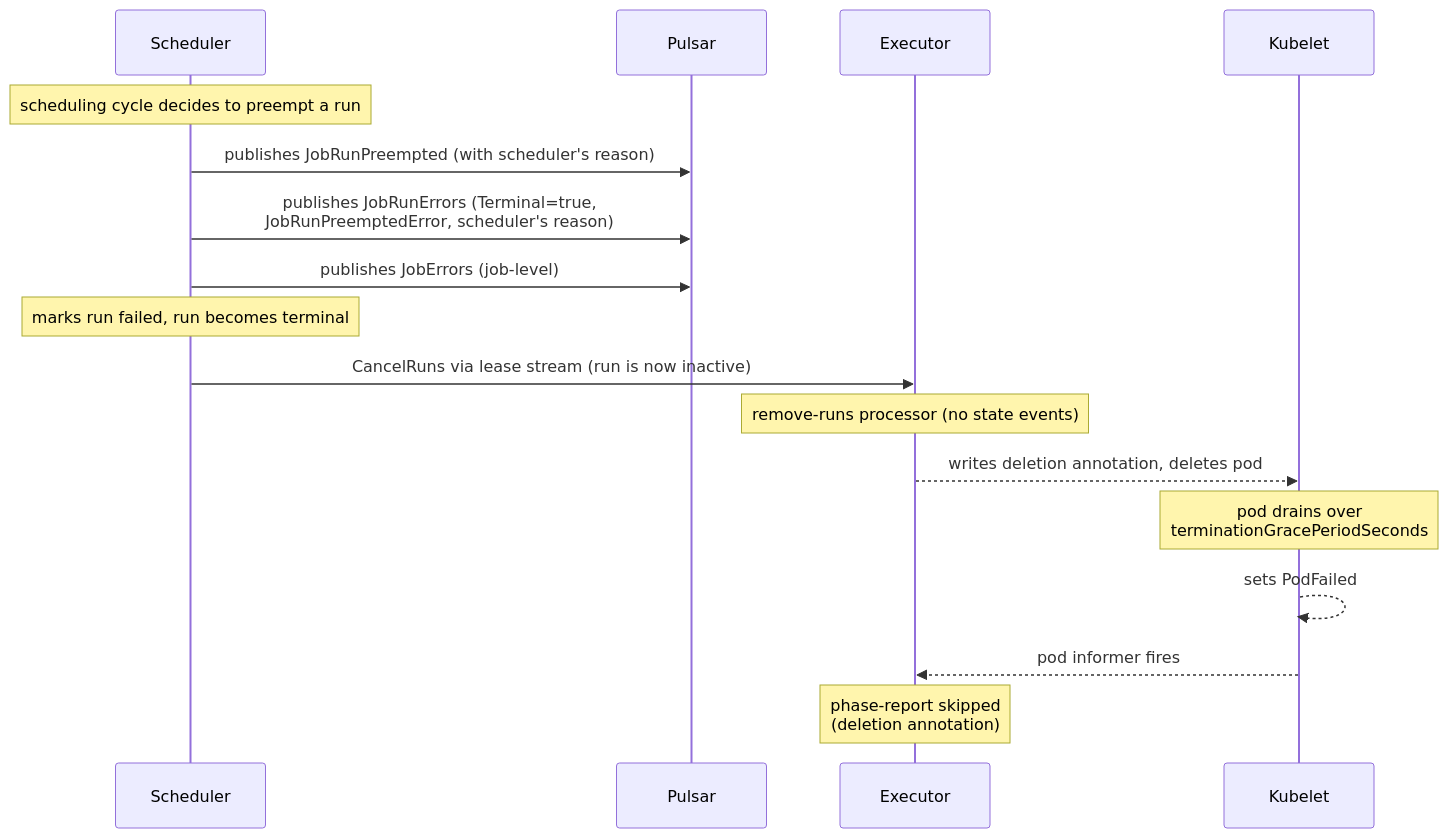
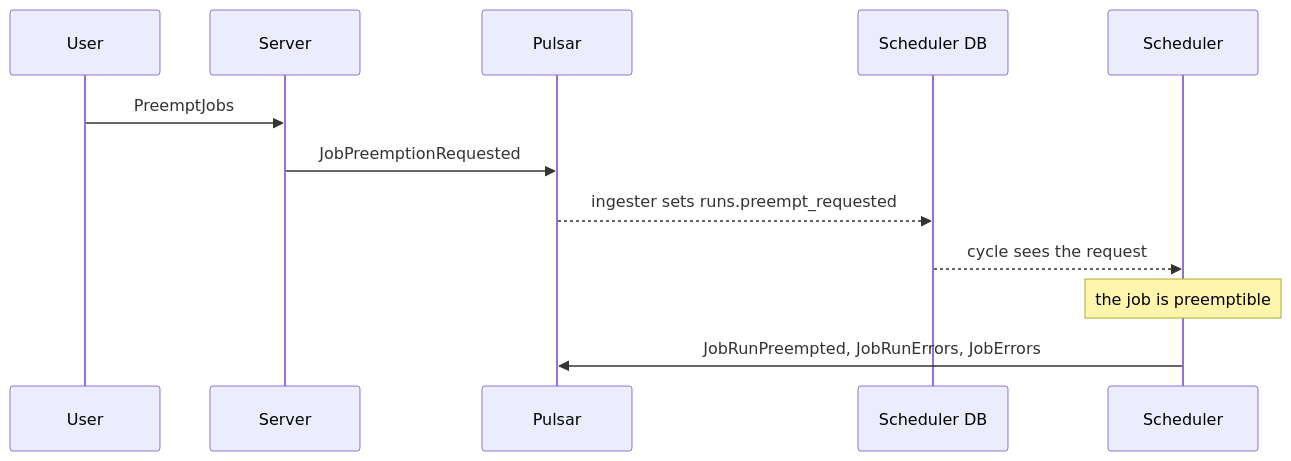
The ninth of 11 diagrams in docs/developer/job-lifecycle-events.md (armadaproject/armada), drawn with Mermaid before and after one commit. The commit also changed other lines of this file, not shown here.

First line of the commit message:
Correct and restructure the job lifecycle events doc (#5347)

````diff
--- a/docs/developer/job-lifecycle-events.md
+++ b/docs/developer/job-lifecycle-events.md
@@ -370,19 +547,14 @@
 ```mermaid
 sequenceDiagram
+    participant U as User
+    participant S as Server
+    participant P as Pulsar
+    participant Pg as Scheduler DB
     participant Sc as Scheduler
-    participant P as Pulsar
-    participant E as Executor
-    participant K as Kubelet
-    Note over Sc: scheduling cycle decides to preempt a run
-    Sc->>P: publishes JobRunPreempted (with scheduler's reason)
-    Sc->>P: publishes JobRunErrors (Terminal=true,<br/>JobRunPreemptedError, scheduler's reason)
-    Sc->>P: publishes JobErrors (job-level)
-    Note over Sc: marks run failed, run becomes terminal
-    Sc->>E: CancelRuns via lease stream (run is now inactive)
-    Note over E: remove-runs processor (no state events)
-    E-->>K: writes deletion annotation, deletes pod
-    Note over K: pod drains over<br/>terminationGracePeriodSeconds
-    K-->>K: sets PodFailed
-    K-->>E: pod informer fires
-    Note over E: phase-report skipped<br/>(deletion annotation)
+    U->>S: PreemptJobs
+    S->>P: JobPreemptionRequested
+    P-->>Pg: ingester sets runs.preempt_requested
+    Pg-->>Sc: cycle sees the request
+    Note over Sc: the job is preemptible
+    Sc->>P: JobRunPreempted, JobRunErrors, JobErrors
 ```
````
